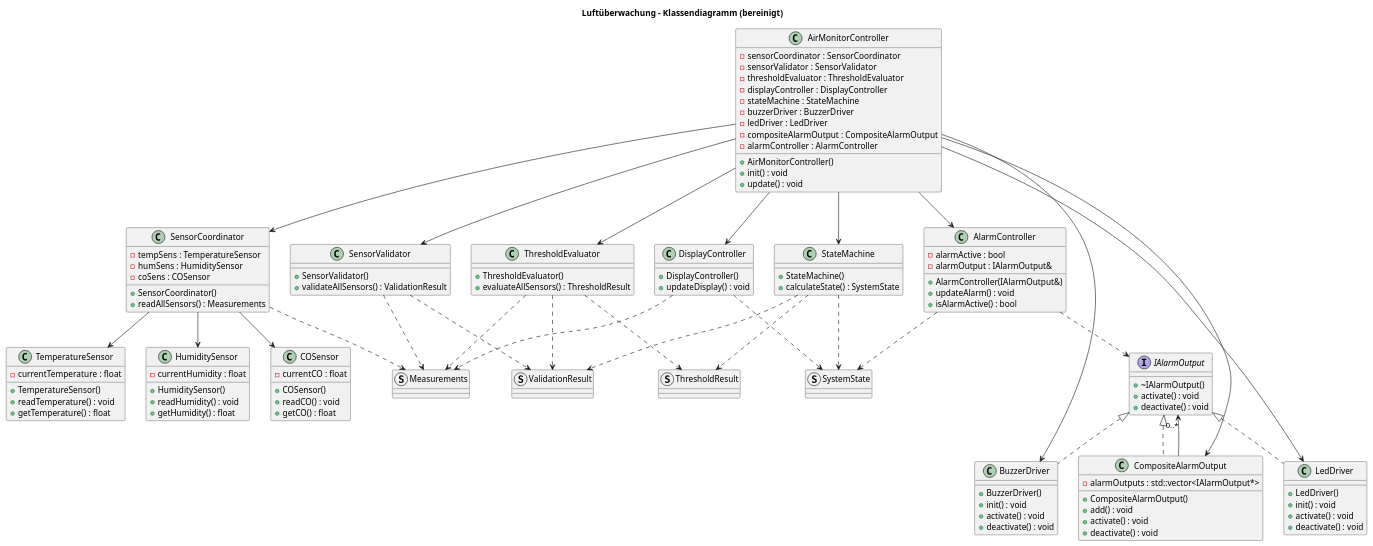
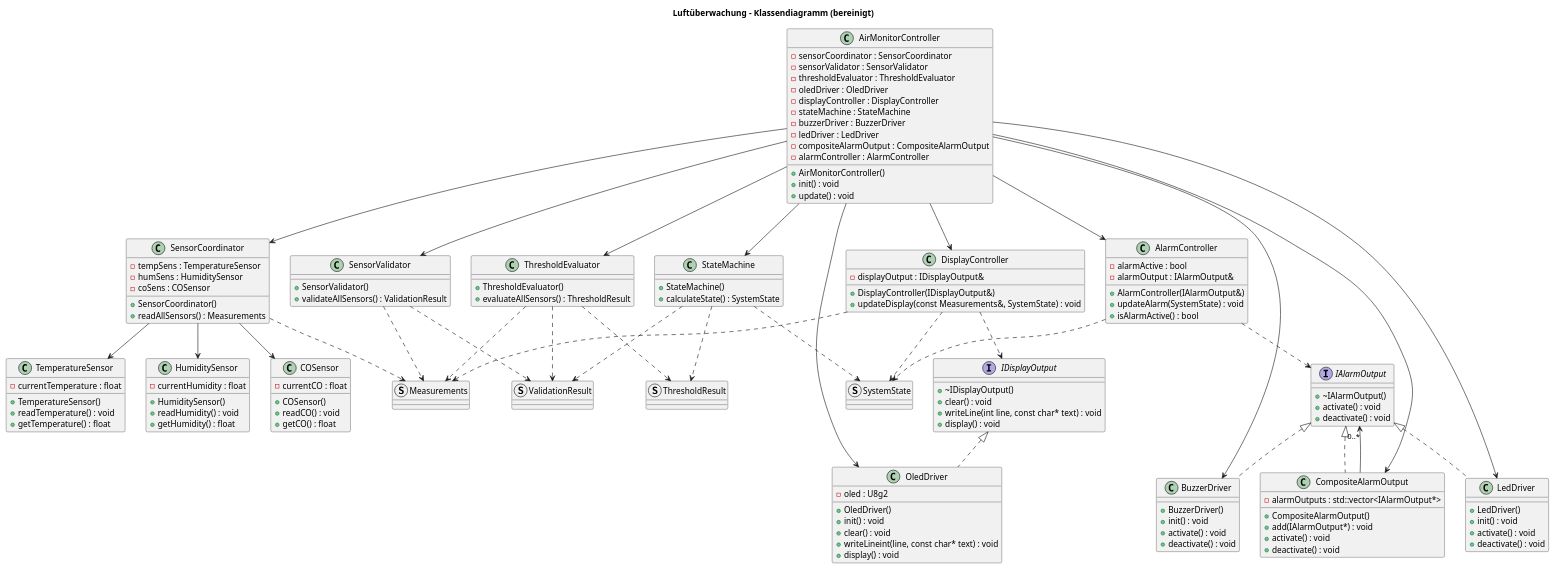
Before and after one commit to KennethK88/RoomClimateNode: the diagram in docs/Klassen.puml, drawn with PlantUML. The commit also changed 9 other files, not shown here.

```diff
--- a/docs/Klassen.puml
+++ b/docs/Klassen.puml
@@ -1,162 +1,186 @@
 @startuml
 title Luftüberwachung – Klassendiagramm (bereinigt)
 
 ' ===== Klassen =====
 class TemperatureSensor
 {
     -currentTemperature : float
     +TemperatureSensor()
     +readTemperature() : void
     +getTemperature() : float
 }
 class HumiditySensor
 {
     -currentHumidity : float
     +HumiditySensor()
     +readHumidity() : void
     +getHumidity() : float
 }
 class COSensor
 {
     -currentCO : float
     +COSensor()
     +readCO() : void
     +getCO() : float
 }
 
 class SensorCoordinator
 {
     -tempSens : TemperatureSensor
     -humSens : HumiditySensor
     -coSens : COSensor
     +SensorCoordinator()
     +readAllSensors() : Measurements
 }
 
 class SensorValidator
 {
     +SensorValidator()
     +validateAllSensors() : ValidationResult   
 } 
 
 class ThresholdEvaluator
 {
     +ThresholdEvaluator()
     +evaluateAllSensors() : ThresholdResult
 }
 
 class StateMachine
 {
     +StateMachine()
     +calculateState() : SystemState
 }
 class DisplayController
 {
-    +DisplayController()
-    +updateDisplay() : void
+    -displayOutput : IDisplayOutput&
+    +DisplayController(IDisplayOutput&)
+    +updateDisplay(const Measurements&, SystemState) : void
 }
 
 class AlarmController
 {
     -alarmActive : bool
     -alarmOutput : IAlarmOutput&
     +AlarmController(IAlarmOutput&)
-    +updateAlarm() : void
+    +updateAlarm(SystemState) : void
     +isAlarmActive() : bool
 }
 
 class AirMonitorController
 {
     -sensorCoordinator : SensorCoordinator
     -sensorValidator : SensorValidator
     -thresholdEvaluator : ThresholdEvaluator
+    -oledDriver : OledDriver
     -displayController : DisplayController
     -stateMachine : StateMachine
     -buzzerDriver : BuzzerDriver
     -ledDriver : LedDriver
     -compositeAlarmOutput : CompositeAlarmOutput
     -alarmController : AlarmController
     +AirMonitorController()
     +init() : void
     +update() : void
 }
 
 class BuzzerDriver
 {
     +BuzzerDriver()
     +init() : void
     +activate() : void
     +deactivate() : void
 }
 
 class LedDriver
 {
     +LedDriver()
     +init() : void
     +activate() : void
     +deactivate() : void
 }
 
 interface IAlarmOutput
 {
     +~IAlarmOutput()
     +activate() : void
     +deactivate() : void
 }
 
 class CompositeAlarmOutput
 {
     -alarmOutputs : std::vector<IAlarmOutput*>
     +CompositeAlarmOutput()
-    +add() : void
+    +add(IAlarmOutput*) : void
     +activate() : void
     +deactivate() : void
+}
+
+interface IDisplayOutput
+{
+    +~IDisplayOutput()
+    +clear() : void
+    +writeLine(int line, const char* text) : void
+    +display() : void
+}
+
+class OledDriver
+{
+    -oled : U8g2
+    +OledDriver()
+    +init() : void
+    +clear() : void
+    +writeLineint(line, const char* text) : void
+    +display() : void
 }
 
 struct Measurements
 struct ValidationResult
 struct ThresholdResult
 struct SystemState
 
 ' ===== Besitz / feste Abhängigkeiten =====
 AirMonitorController --> SensorCoordinator
 AirMonitorController --> SensorValidator
 AirMonitorController --> ThresholdEvaluator
 AirMonitorController --> StateMachine
 AirMonitorController --> DisplayController
 AirMonitorController --> BuzzerDriver
 AirMonitorController --> LedDriver
 AirMonitorController --> CompositeAlarmOutput
 AirMonitorController --> AlarmController
+AirMonitorController --> OledDriver
 
 SensorCoordinator --> TemperatureSensor
 SensorCoordinator --> HumiditySensor
 SensorCoordinator --> COSensor
 
 CompositeAlarmOutput --> "0..*" IAlarmOutput
 
 ' ===== Nutzung / Datenfluss =====
 SensorValidator ..> Measurements
 SensorValidator ..> ValidationResult
 
 ThresholdEvaluator ..> Measurements
 ThresholdEvaluator ..> ValidationResult
 ThresholdEvaluator ..> ThresholdResult
 
 StateMachine ..> ValidationResult
 StateMachine ..> ThresholdResult
 StateMachine ..> SystemState
 
 SensorCoordinator ..> Measurements
 
 DisplayController ..> Measurements
 DisplayController ..> SystemState
+DisplayController ..> IDisplayOutput
 
 AlarmController ..> SystemState
 AlarmController ..> IAlarmOutput
 
 IAlarmOutput <|.. BuzzerDriver
 IAlarmOutput <|.. LedDriver
 IAlarmOutput <|.. CompositeAlarmOutput
 
+IDisplayOutput <|.. OledDriver
+
 @enduml
```
